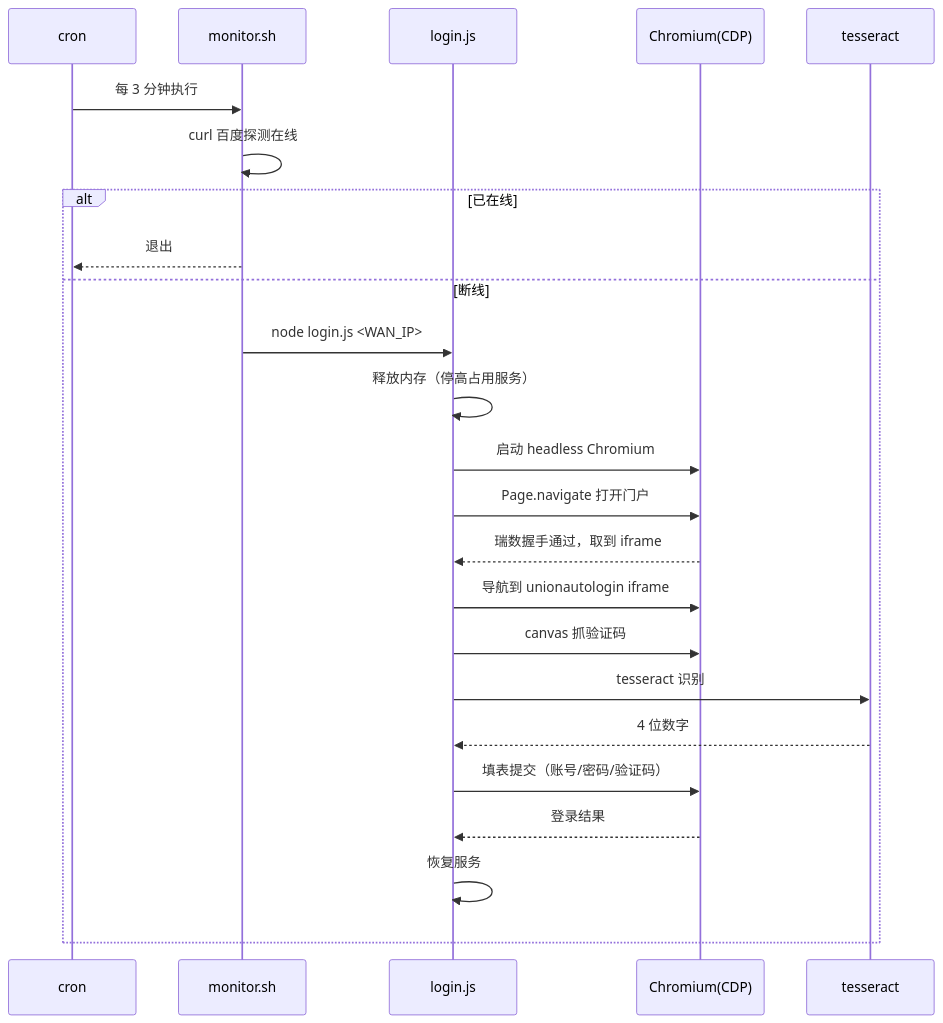
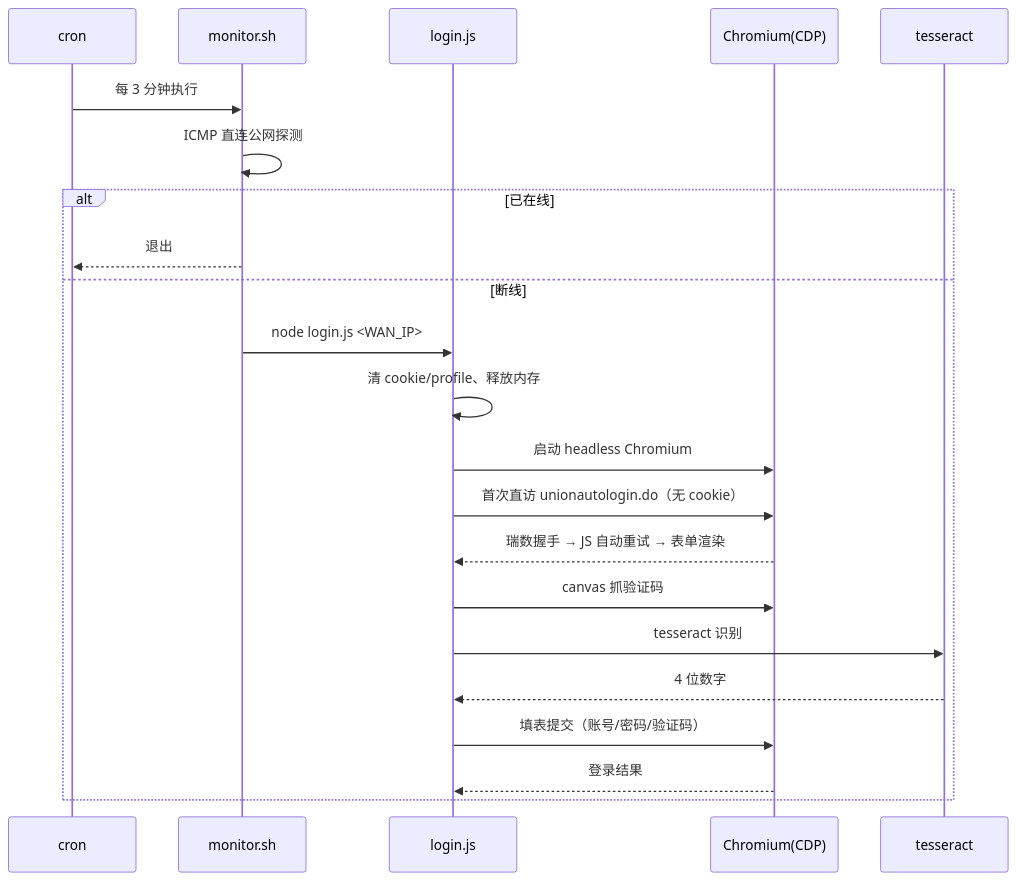
Before and after one commit to MakeBlackSheepGreat/campus-network-auto-login: the second of 4 diagrams in README.md, drawn with Mermaid. The commit also changed other lines of this file and 2 other files, not shown here.

````diff
--- a/README.md
+++ b/README.md
@@ -115,26 +113,24 @@
 ```mermaid
 sequenceDiagram
     participant cron
     participant mon as monitor.sh
     participant js as login.js
     participant ch as Chromium(CDP)
     participant ocr as tesseract
     cron->>mon: 每 3 分钟执行
-    mon->>mon: curl 百度探测在线
+    mon->>mon: ICMP 直连公网探测
     alt 已在线
         mon-->>cron: 退出
     else 断线
         mon->>js: node login.js <WAN_IP>
-        js->>js: 释放内存（停高占用服务）
+        js->>js: 清 cookie/profile、释放内存
         js->>ch: 启动 headless Chromium
-        js->>ch: Page.navigate 打开门户
-        ch-->>js: 瑞数握手通过，取到 iframe
-        js->>ch: 导航到 unionautologin iframe
+        js->>ch: 首次直访 unionautologin.do（无 cookie）
+        ch-->>js: 瑞数握手 → JS 自动重试 → 表单渲染
         js->>ch: canvas 抓验证码
         js->>ocr: tesseract 识别
         ocr-->>js: 4 位数字
         js->>ch: 填表提交（账号/密码/验证码）
         ch-->>js: 登录结果
-        js->>js: 恢复服务
     end
 ```
````
